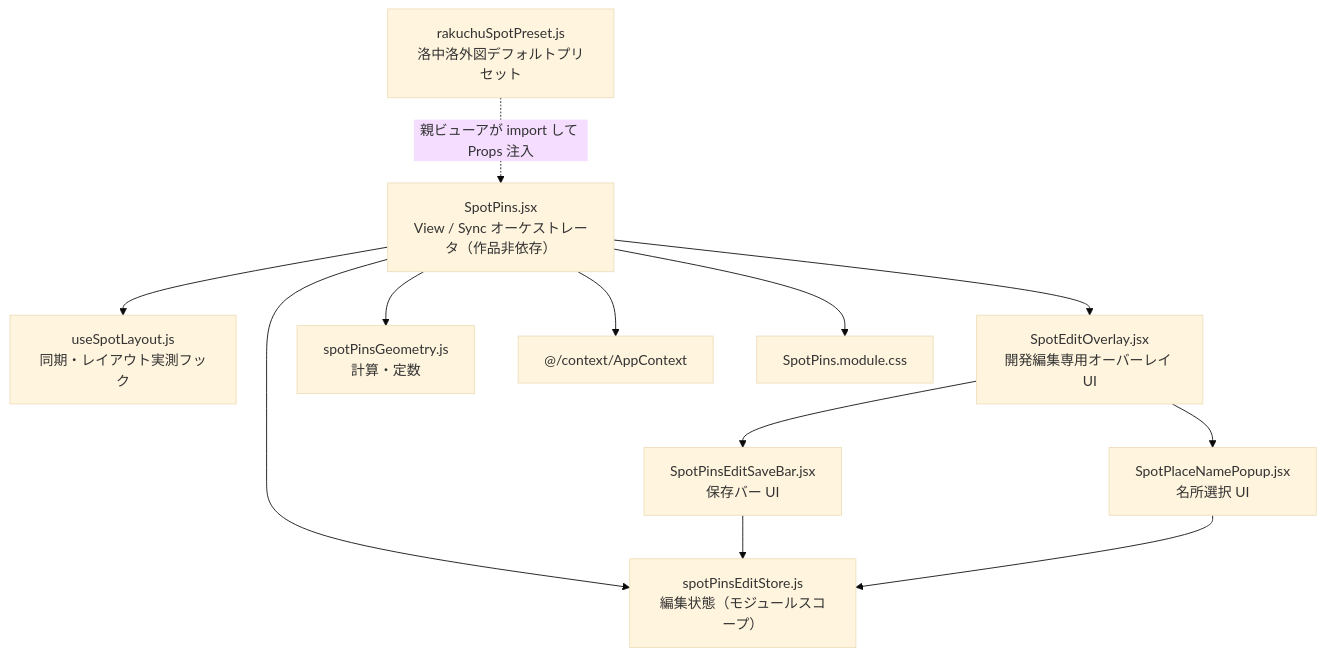
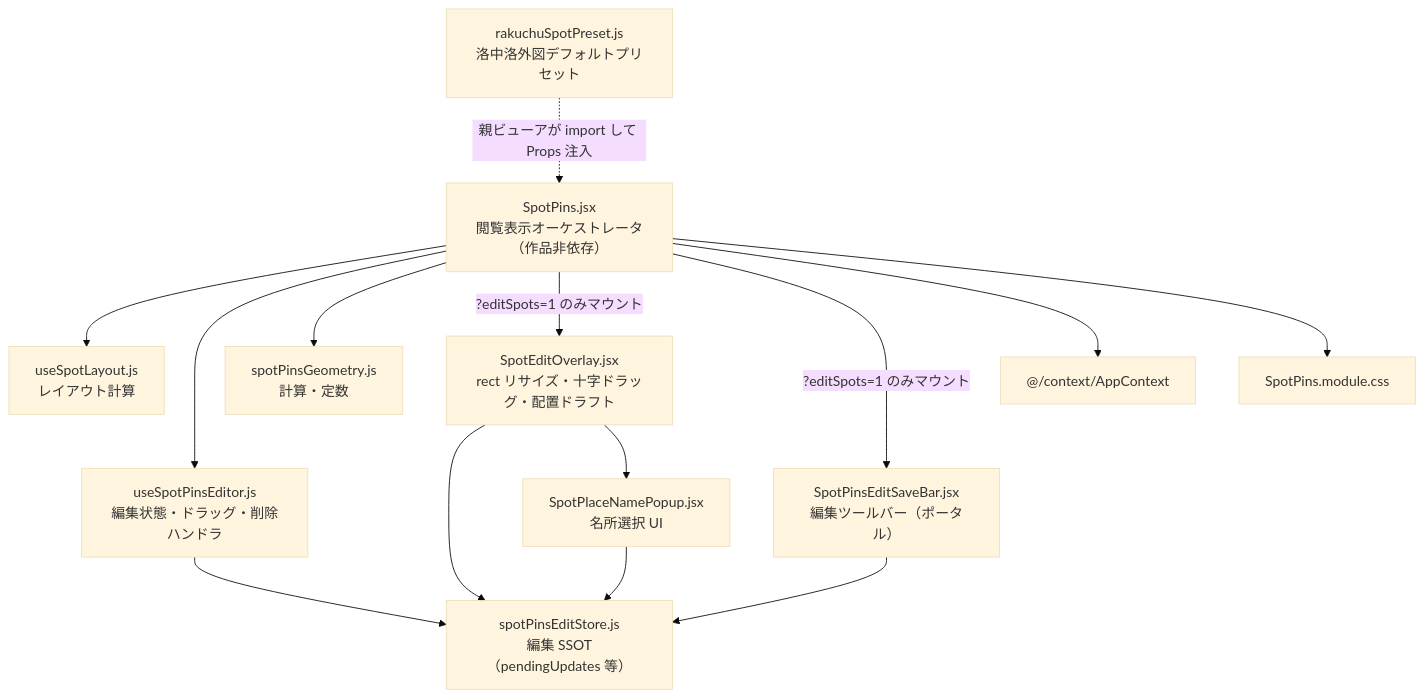
Before and after one commit to satoshi-create/emakimono-next: the first of 2 diagrams in src/components/emaki/viewer/spotPins/SPEC.md, drawn with Mermaid (base theme). The commit also changed other lines of this file and 2 other files, not shown here.

Commit message:
refactor: extract useSpotPinsEditor from SpotPins

````diff
--- a/src/components/emaki/viewer/spotPins/SPEC.md
+++ b/src/components/emaki/viewer/spotPins/SPEC.md
@@ -11,23 +11,26 @@
 ```mermaid
 graph TD
-  SpotPins["SpotPins.jsx<br/>View / Sync オーケストレータ（作品非依存）"]
-  Layout["useSpotLayout.js<br/>同期・レイアウト実測フック"]
-  EditOverlay["SpotEditOverlay.jsx<br/>開発編集専用オーバーレイ UI"]
+  SpotPins["SpotPins.jsx<br/>閲覧表示オーケストレータ（作品非依存）"]
+  Editor["useSpotPinsEditor.js<br/>編集状態・ドラッグ・削除ハンドラ"]
+  Layout["useSpotLayout.js<br/>レイアウト計算"]
+  EditOverlay["SpotEditOverlay.jsx<br/>rect リサイズ・十字ドラッグ・配置ドラフト"]
+  SaveBar["SpotPinsEditSaveBar.jsx<br/>編集ツールバー（ポータル）"]
+  Store["spotPinsEditStore.js<br/>編集 SSOT（pendingUpdates 等）"]
+  Popup["SpotPlaceNamePopup.jsx<br/>名所選択 UI"]
   Preset["rakuchuSpotPreset.js<br/>洛中洛外図デフォルトプリセット"]
   Geo["spotPinsGeometry.js<br/>計算・定数"]
-  Store["spotPinsEditStore.js<br/>編集状態（モジュールスコープ）"]
-  Popup["SpotPlaceNamePopup.jsx<br/>名所選択 UI"]
-  SaveBar["SpotPinsEditSaveBar.jsx<br/>保存バー UI"]
 
   SpotPins --> Layout
+  SpotPins --> Editor
   SpotPins --> Geo
-  SpotPins --> Store
-  SpotPins --> EditOverlay
+  SpotPins -->|"?editSpots=1 のみマウント"| EditOverlay
+  SpotPins -->|"?editSpots=1 のみマウント"| SaveBar
+  Editor --> Store
+  EditOverlay --> Store
   EditOverlay --> Popup
-  EditOverlay --> SaveBar
   SaveBar --> Store
   Popup --> Store
   SpotPins --> AppContext["@/context/AppContext"]
   SpotPins --> Styles["SpotPins.module.css"]
   Preset -.->|"親ビューアが import して Props 注入"| SpotPins
 ```
````
